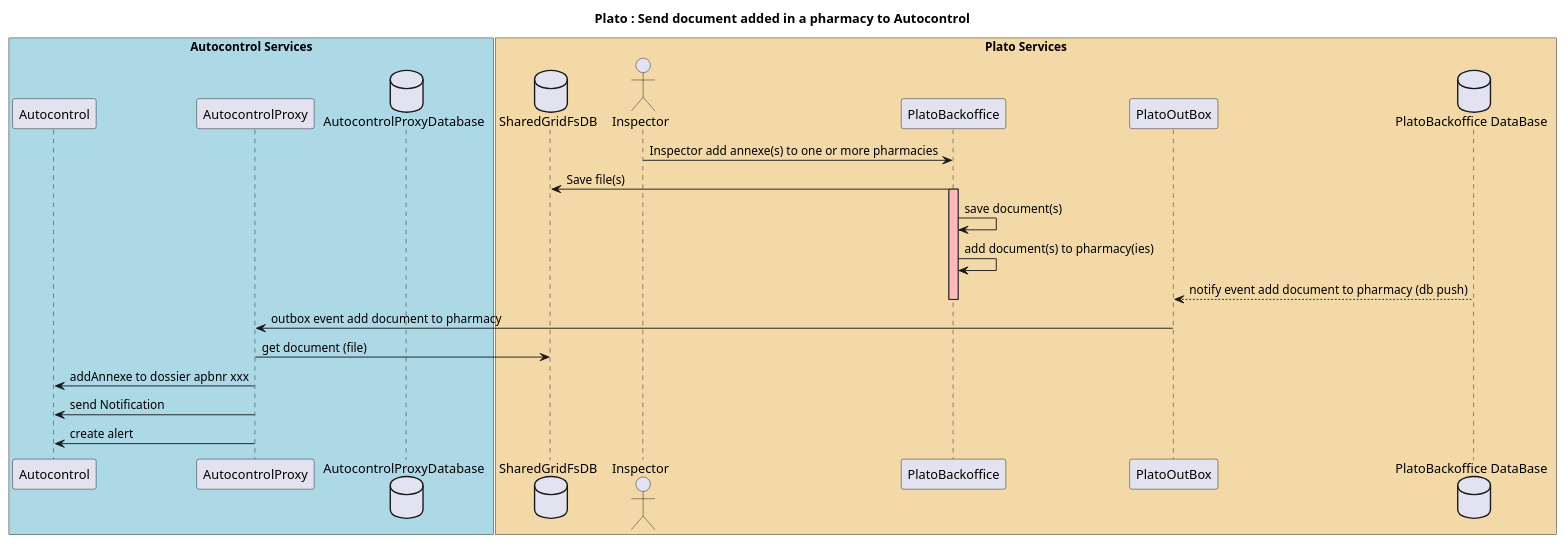
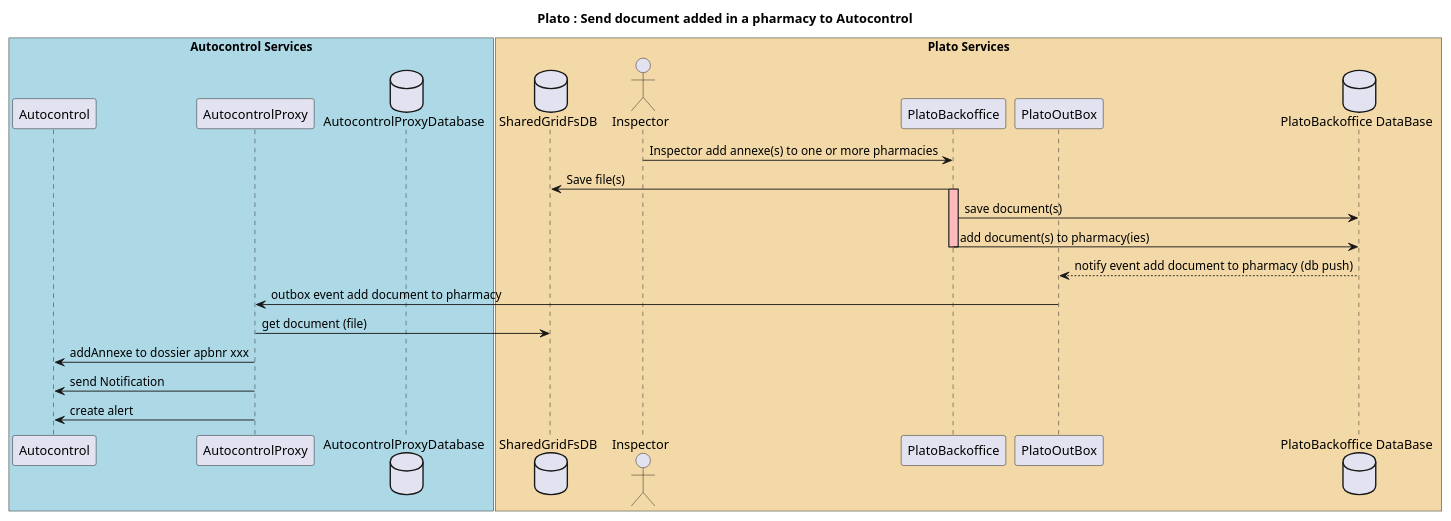
Before and after one commit to jv-it-io/archi-documentation: the diagram in src/docs/asciidoc/architecture/plantuml/annexe_PlatoToAutocontrol.puml, drawn with PlantUML. The commit also changed 4 other files, not shown here.

Commit message:
update diagram

```diff
--- a/src/docs/asciidoc/architecture/plantuml/annexe_PlatoToAutocontrol.puml
+++ b/src/docs/asciidoc/architecture/plantuml/annexe_PlatoToAutocontrol.puml
@@ -1,37 +1,38 @@
 @startuml
 
 title Plato : Send document added in a pharmacy to Autocontrol
 
 box "Autocontrol Services" #LightBlue
 participant Autocontrol
 participant AutocontrolProxy
 database AutocontrolProxyDatabase
 end box
 
 box "Plato Services" #f2d9a7
 database SharedGridFsDB
 actor Inspector
 participant PlatoBackoffice
 participant PlatoOutBox
 
 database "PlatoBackoffice DataBase"
 end box
 
 Inspector -> PlatoBackoffice: Inspector add annexe(s) to one or more pharmacies
 
 
 PlatoBackoffice -> SharedGridFsDB: Save file(s)
 activate PlatoBackoffice #FFBBBB
-PlatoBackoffice -> PlatoBackoffice: save document(s)
-PlatoBackoffice -> PlatoBackoffice: add document(s) to pharmacy(ies)
+PlatoBackoffice -> "PlatoBackoffice DataBase": save document(s)
+PlatoBackoffice -> "PlatoBackoffice DataBase": add document(s) to pharmacy(ies)
+deactivate PlatoBackoffice #FFBBBB
 PlatoOutBox <-- "PlatoBackoffice DataBase" : notify event add document to pharmacy (db push)
-deactivate PlatoBackoffice #FFBBBB
+
 PlatoOutBox -> AutocontrolProxy: outbox event add document to pharmacy
 
 AutocontrolProxy -> SharedGridFsDB: get document (file)
 
 AutocontrolProxy -> Autocontrol: addAnnexe to dossier apbnr xxx
 AutocontrolProxy -> Autocontrol: send Notification
 AutocontrolProxy -> Autocontrol: create alert
 
 @enduml
```
